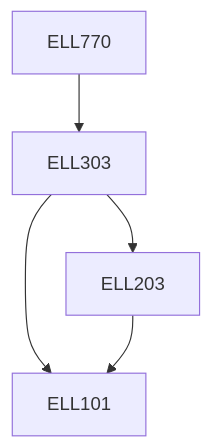
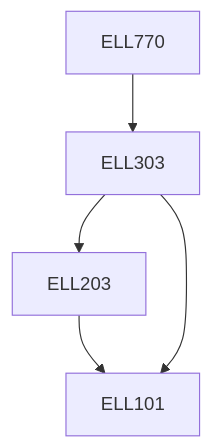
Before and after one commit to KeshavBansal0122/CoS_Website: the diagram in content/Electrical Engineering/ELL770.md, drawn with Mermaid. The commit also changed other lines of this file and 392 other files, not shown here.

````diff
--- a/content/Electrical Engineering/ELL770.md
+++ b/content/Electrical Engineering/ELL770.md
@@ -13,11 +13,11 @@
 ```mermaid
 flowchart TD
 ELL770-371[ELL770]
+ELL203-371 --> ELL101-371[ELL101]
+ELL770-371 --> ELL303-371[ELL303]
+ELL303-371 --> ELL101-371[ELL101]
 ELL303-371 --> ELL203-371[ELL203]
-ELL303-371 --> ELL101-371[ELL101]
-ELL770-371 --> ELL303-371[ELL303]
-ELL203-371 --> ELL101-371[ELL101]
 
 classDef empty height:17px, fill:transparent, stroke:transparent;
 classDef trueEmpty height:0px, width:0px;
 ```
````
